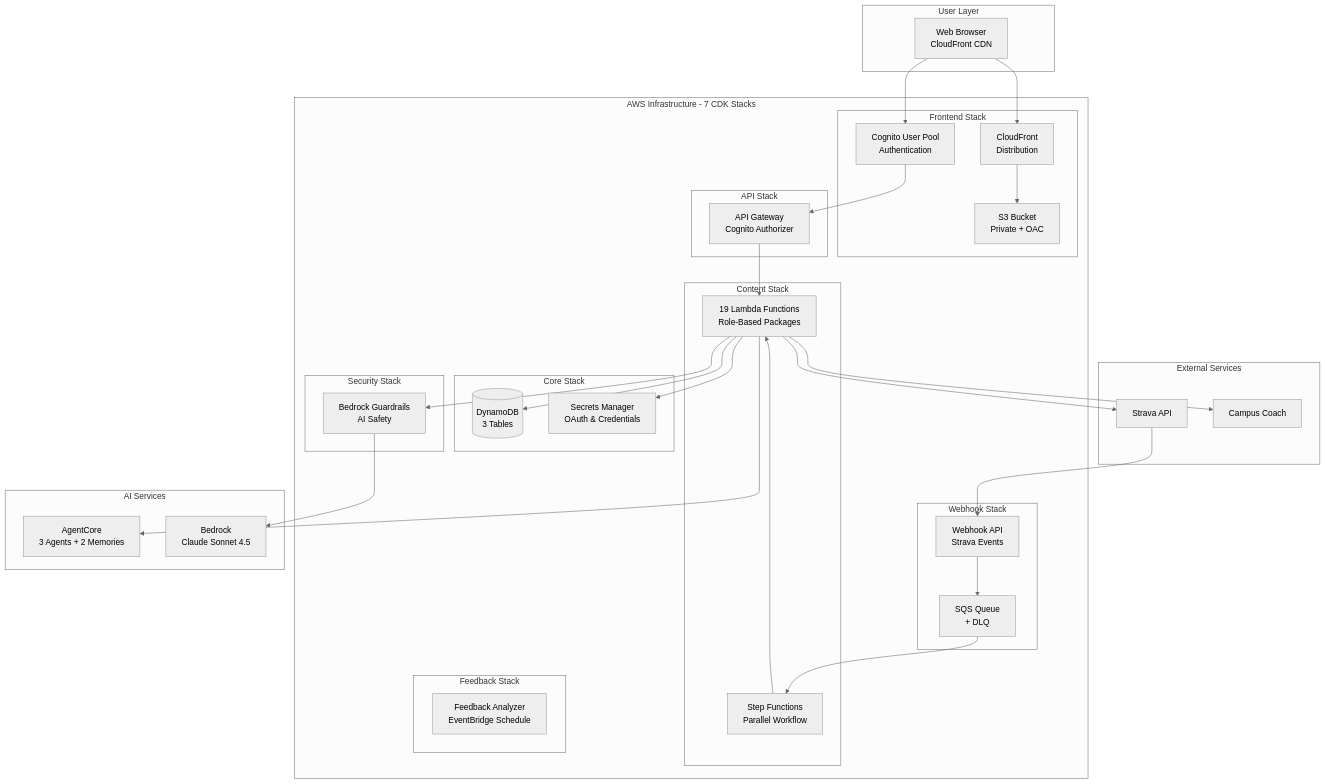
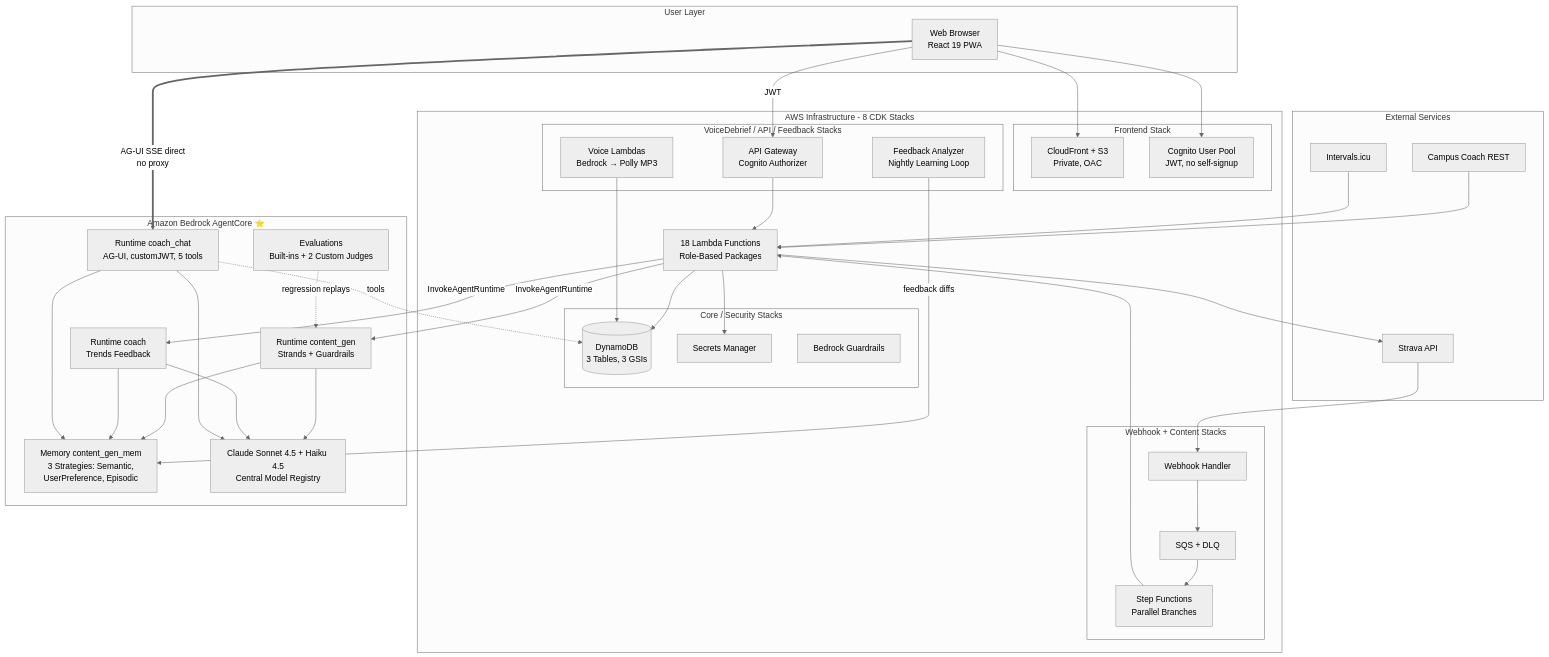
One commit to el-pedrito/strava-ai-boost changed the first of 2 diagrams in README.md. Above: the diagram before and after it, drawn with Mermaid (neutral theme). The commit also changed other lines of this file and 19 other files, not shown here.

````diff
--- a/README.md
+++ b/README.md
@@ -261,71 +261,76 @@
 ```mermaid
 graph TB
     subgraph "User Layer"
-        Browser[Web Browser<br/>CloudFront CDN]
+        Browser[Web Browser<br/>React 19 PWA]
     end
 
-    subgraph "AWS Infrastructure - 7 CDK Stacks"
+    subgraph "AWS Infrastructure - 8 CDK Stacks"
         subgraph "Frontend Stack"
-            S3[S3 Bucket<br/>Private + OAC]
-            CF[CloudFront<br/>Distribution]
-            Cognito[Cognito User Pool<br/>Authentication]
+            CF[CloudFront + S3<br/>Private, OAC]
+            Cognito[Cognito User Pool<br/>JWT, no self-signup]
         end
 
-        subgraph "Core Stack"
-            DDB[(DynamoDB<br/>3 Tables)]
-            Secrets[Secrets Manager<br/>OAuth & Credentials]
+        subgraph "Core / Security Stacks"
+            DDB[(DynamoDB<br/>3 Tables, 3 GSIs)]
+            Secrets[Secrets Manager]
+            Guardrails[Bedrock Guardrails]
         end
 
-        subgraph "Security Stack"
-            Guardrails[Bedrock Guardrails<br/>AI Safety]
+        subgraph "Webhook + Content Stacks"
+            WebhookAPI[Webhook Handler]
+            SQS[SQS + DLQ]
+            SF[Step Functions<br/>Parallel Branches]
         end
 
-        subgraph "Webhook Stack"
-            WebhookAPI[Webhook API<br/>Strava Events]
-            SQS[SQS Queue<br/>+ DLQ]
+        subgraph "VoiceDebrief / API / Feedback Stacks"
+            Voice[Voice Lambdas<br/>Bedrock → Polly MP3]
+            APIGW[API Gateway<br/>Cognito Authorizer]
+            FB[Feedback Analyzer<br/>Nightly Learning Loop]
         end
 
-        subgraph "Content Stack"
-            SF[Step Functions<br/>Parallel Workflow]
-            Lambda12[19 Lambda Functions<br/>Role-Based Packages]
-        end
-
-        subgraph "API Stack"
-            APIGW[API Gateway<br/>Cognito Authorizer]
-        end
-
-        subgraph "Feedback Stack"
-            FB[Feedback Analyzer<br/>EventBridge Schedule]
-        end
+        Lambdas[18 Lambda Functions<br/>Role-Based Packages]
     end
 
-    subgraph "AI Services"
-        AgentCore[AgentCore<br/>3 Agents + 2 Memories]
-        Bedrock[Bedrock<br/>Claude Sonnet 4.5]
+    subgraph "Amazon Bedrock AgentCore ⭐"
+        RTContent[Runtime content_gen<br/>Strands + Guardrails]
+        RTCoach[Runtime coach<br/>Trends Feedback]
+        RTChat[Runtime coach_chat<br/>AG-UI, customJWT, 5 tools]
+        Memory[Memory content_gen_mem<br/>3 Strategies: Semantic,<br/>UserPreference, Episodic]
+        Evals[Evaluations<br/>Built-ins + 2 Custom Judges]
+        Bedrock[Claude Sonnet 4.5 + Haiku 4.5<br/>Central Model Registry]
     end
 
     subgraph "External Services"
         Strava[Strava API]
-        Campus[Campus Coach]
+        Campus[Campus Coach REST]
+        ICU[Intervals.icu]
     end
 
     Browser --> CF
-    CF --> S3
     Browser --> Cognito
-    Cognito --> APIGW
-    APIGW --> Lambda12
-    Lambda12 --> DDB
-    Lambda12 --> Secrets
+    Browser -->|JWT| APIGW
+    Browser ==>|AG-UI SSE direct<br/>no proxy| RTChat
+    APIGW --> Lambdas
+    Lambdas --> DDB
+    Lambdas --> Secrets
 
     Strava --> WebhookAPI
     WebhookAPI --> SQS
     SQS --> SF
-    SF --> Lambda12
-
-    Lambda12 --> Guardrails
-    Guardrails --> Bedrock
-    Lambda12 --> AgentCore
-    Lambda12 --> Strava
-    Lambda12 --> Campus
-
+    SF --> Lambdas
+    Lambdas -->|InvokeAgentRuntime| RTContent
+    Lambdas -->|InvokeAgentRuntime| RTCoach
+    RTContent --> Memory
+    RTCoach --> Memory
+    RTChat --> Memory
+    RTChat -.->|tools| DDB
+    RTContent --> Bedrock
+    RTCoach --> Bedrock
+    RTChat --> Bedrock
+    Evals -.->|regression replays| RTContent
+    FB -->|feedback diffs| Memory
+    Lambdas --> Strava
+    Campus --> Lambdas
+    ICU --> Lambdas
+    Voice --> DDB
 ```
````
